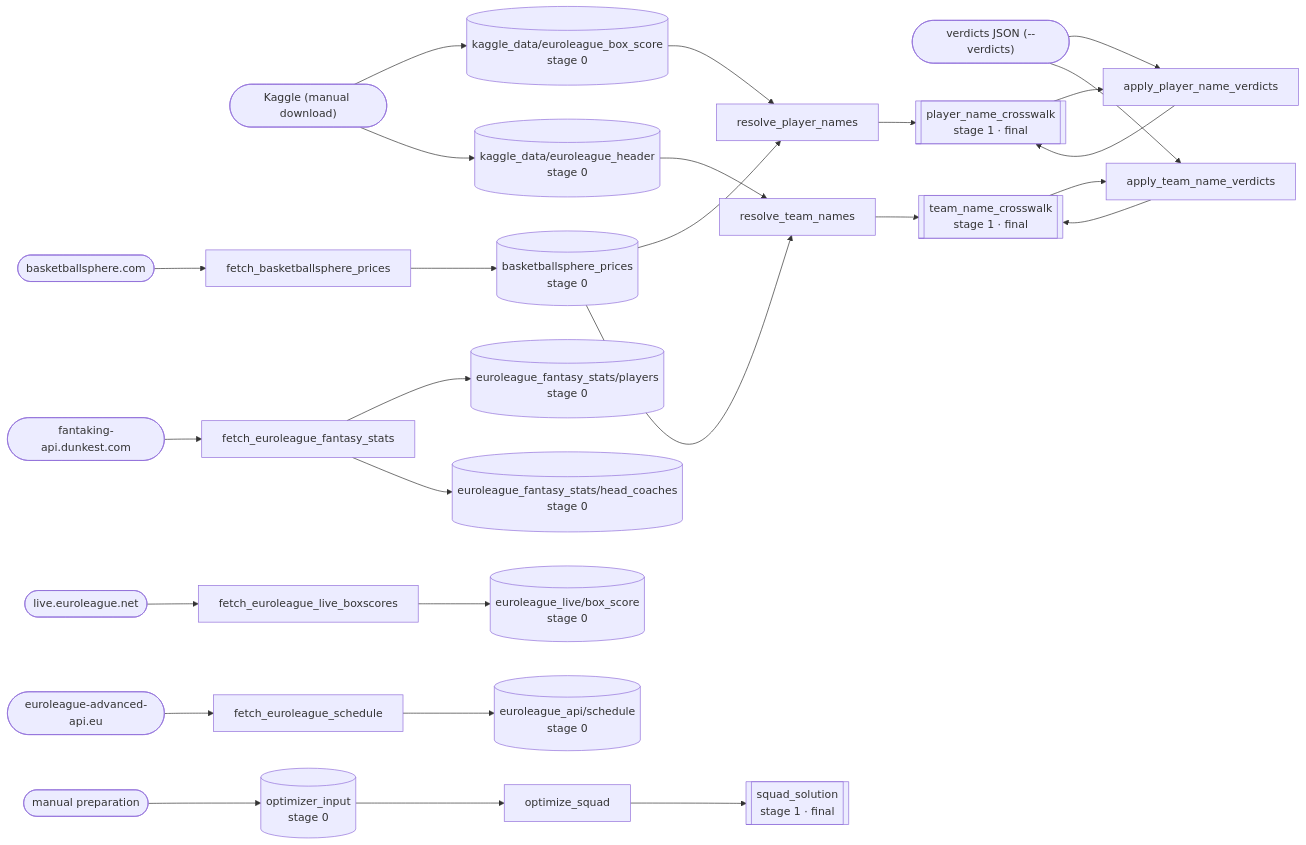
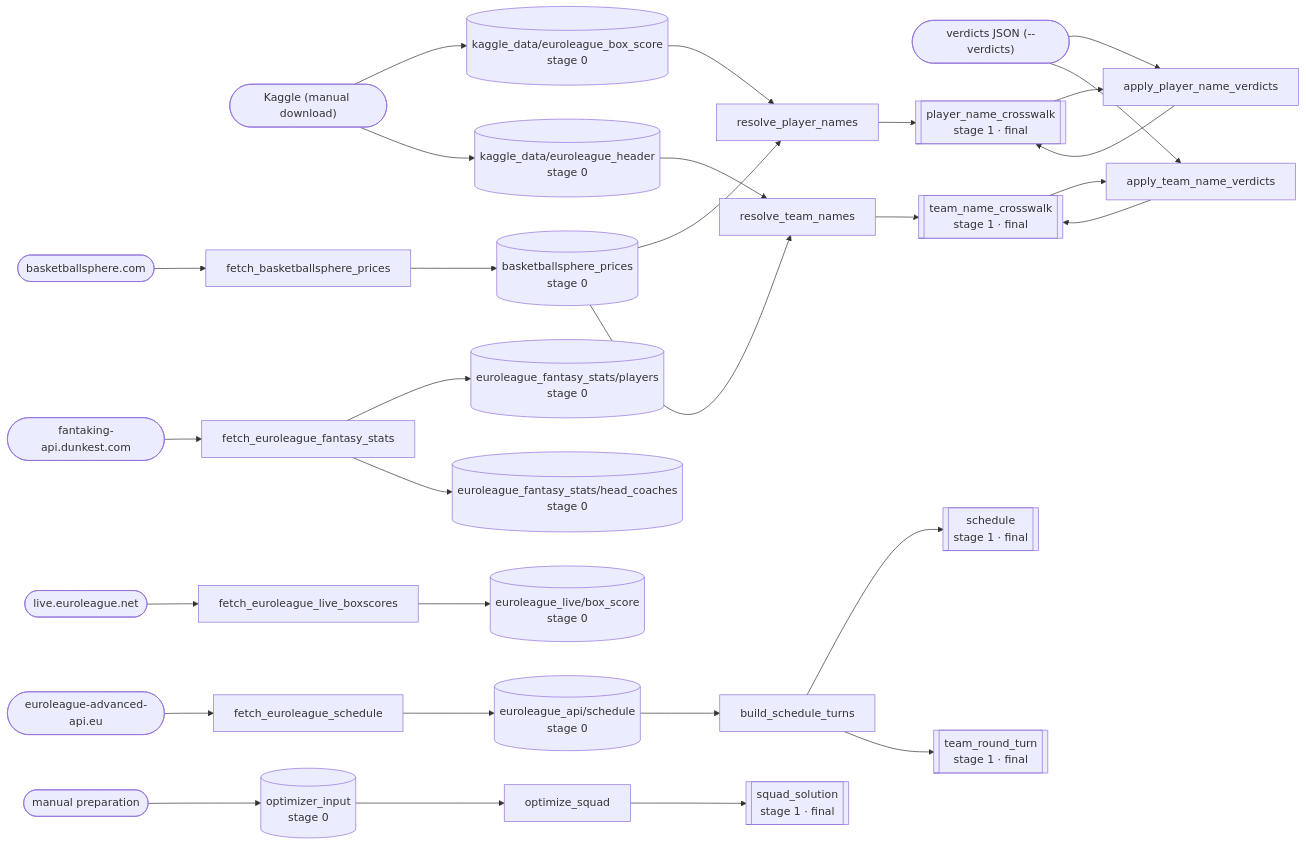
Before and after one commit to Takfes/indie-euroleague: the diagram in docs/data-graph.md, drawn with Mermaid. The commit also changed 8 other files, not shown here.

First line of the commit message:
feat(schedule): add turn column and per-team round/turn dataset

````diff
--- a/docs/data-graph.md
+++ b/docs/data-graph.md
@@ -7,61 +7,67 @@
 ```mermaid
 flowchart LR
     %% external sources
     bs(["basketballsphere.com"])
     dunkest(["fantaking-api.dunkest.com"])
     live(["live.euroleague.net"])
     adv(["euroleague-advanced-api.eu"])
     kaggle(["Kaggle (manual download)"])
     verdicts(["verdicts JSON (--verdicts)"])
     manual(["manual preparation"])
 
     %% scripts
     f_bs["fetch_basketballsphere_prices"]
     f_fs["fetch_euroleague_fantasy_stats"]
     f_live["fetch_euroleague_live_boxscores"]
     f_sched["fetch_euroleague_schedule"]
+    b_turns["build_schedule_turns"]
     r_p["resolve_player_names"]
     a_p["apply_player_name_verdicts"]
     r_t["resolve_team_names"]
     a_t["apply_team_name_verdicts"]
     o_sq["optimize_squad"]
 
     %% raw datasets (stage 0)
     d_prices[("basketballsphere_prices<br/>stage 0")]
     d_players[("euroleague_fantasy_stats/players<br/>stage 0")]
     d_coaches[("euroleague_fantasy_stats/head_coaches<br/>stage 0")]
     d_live[("euroleague_live/box_score<br/>stage 0")]
     d_sched[("euroleague_api/schedule<br/>stage 0")]
     d_kbox[("kaggle_data/euroleague_box_score<br/>stage 0")]
     d_khdr[("kaggle_data/euroleague_header<br/>stage 0")]
     d_opt[("optimizer_input<br/>stage 0")]
 
     %% produced datasets
     d_pxw[["player_name_crosswalk<br/>stage 1 · final"]]
     d_txw[["team_name_crosswalk<br/>stage 1 · final"]]
     d_sq[["squad_solution<br/>stage 1 · final"]]
+    d_sch[["schedule<br/>stage 1 · final"]]
+    d_trt[["team_round_turn<br/>stage 1 · final"]]
 
     bs --> f_bs --> d_prices
     dunkest --> f_fs
     f_fs --> d_players
     f_fs --> d_coaches
     live --> f_live --> d_live
     adv --> f_sched --> d_sched
+    d_sched --> b_turns
+    b_turns --> d_sch
+    b_turns --> d_trt
     kaggle --> d_kbox
     kaggle --> d_khdr
 
     d_prices --> r_p
     d_kbox --> r_p
     r_p --> d_pxw
     d_pxw --> a_p --> d_pxw
     verdicts --> a_p
 
     d_prices --> r_t
     d_khdr --> r_t
     r_t --> d_txw
     d_txw --> a_t --> d_txw
     verdicts --> a_t
 
     manual --> d_opt
     d_opt --> o_sq --> d_sq
 ```
````
